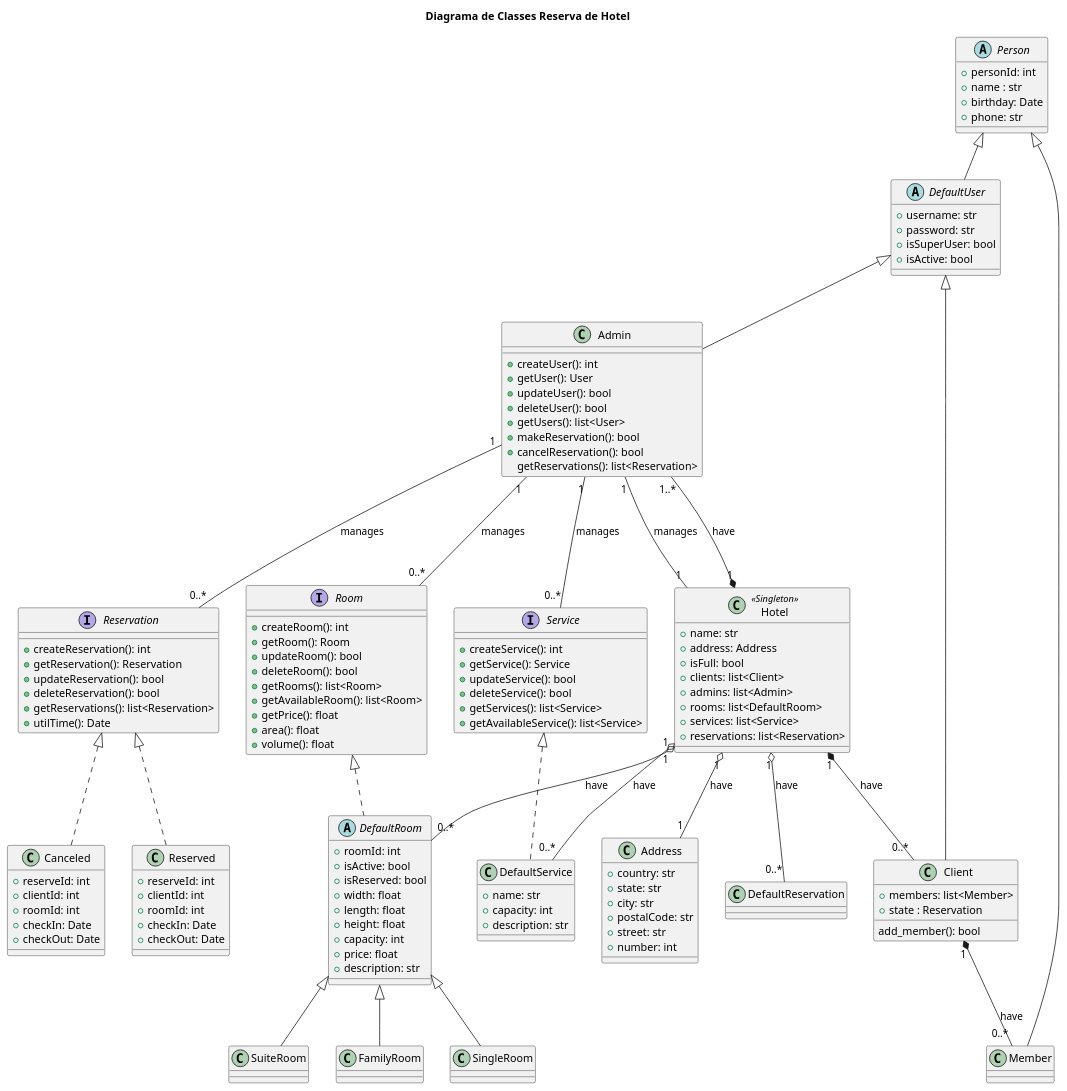
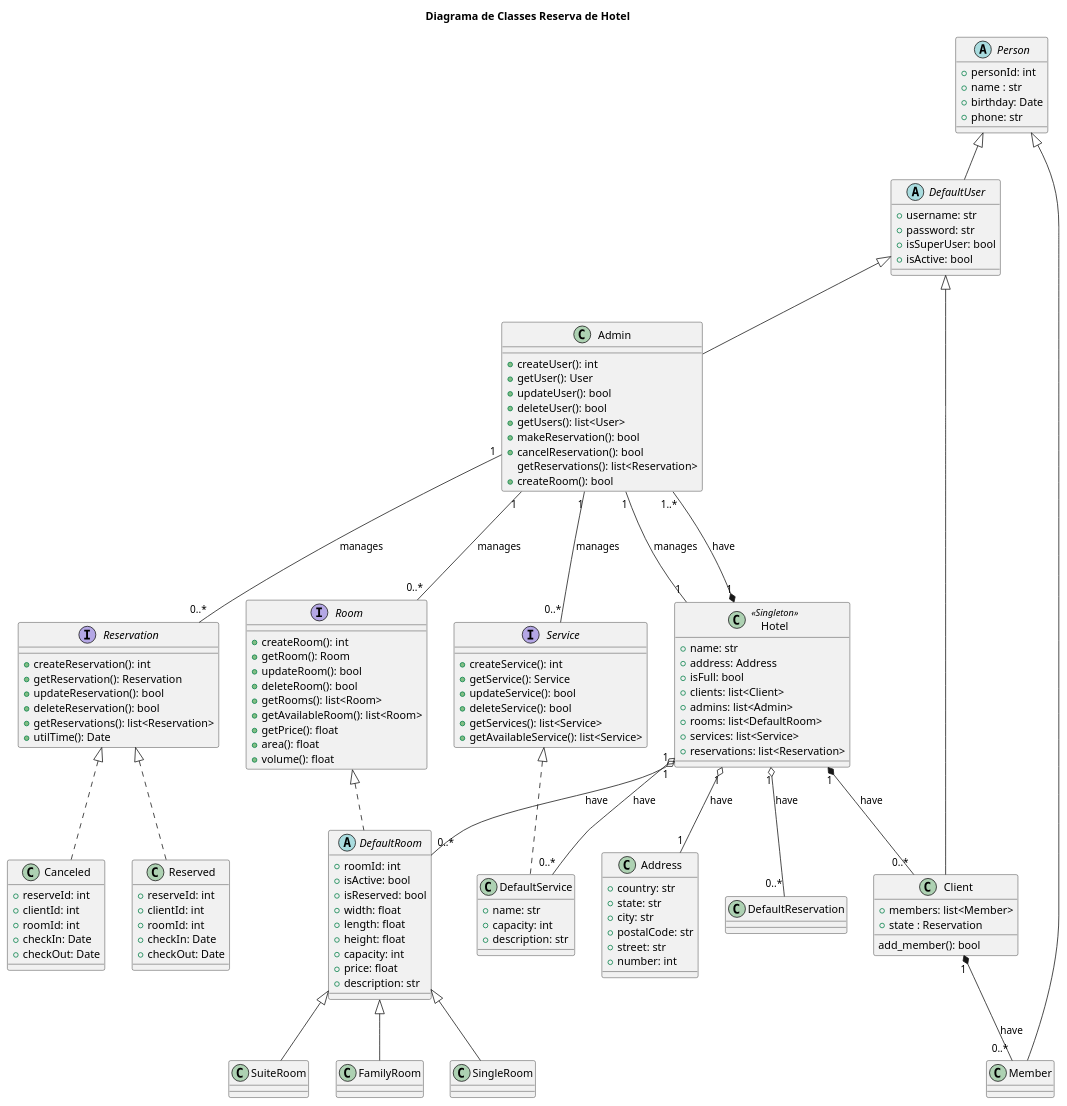
One commit to azmovi/reserva-de-hotel changed the diagram in diagrama_de_classes.iuml. Above: the diagram before and after it, drawn with PlantUML. The commit also changed 13 other files, not shown here.

```diff
--- a/diagrama_de_classes.iuml
+++ b/diagrama_de_classes.iuml
@@ -1,153 +1,154 @@
 @startuml
 title Diagrama de Classes Reserva de Hotel
 
 abstract class Person {
     +personId: int 
     +name : str
     +birthday: Date
     +phone: str
 }
 
 
 class Client extends DefaultUser {
     +members: list<Member>
     +state : Reservation
     add_member(): bool
 }
 
 abstract class DefaultUser extends Person {
     +username: str
     +password: str
     +isSuperUser: bool 
     +isActive: bool 
 }
 
 class Admin extends DefaultUser {
 
     +createUser(): int
     +getUser(): User
     +updateUser(): bool
     +deleteUser(): bool
     +getUsers(): list<User>
     +makeReservation(): bool
     +cancelReservation(): bool
     getReservations(): list<Reservation>
+    +createRoom(): bool
 }
 
 
 class Member extends Person {
 }
 
 
 class Hotel <<Singleton>> {
     +name: str
     +address: Address
     +isFull: bool
     +clients: list<Client>
     +admins: list<Admin>
     +rooms: list<DefaultRoom>
     +services: list<Service>
     +reservations: list<Reservation>
 }
 
 class Address {
     +country: str
     +state: str
     +city: str
     +postalCode: str
     +street: str
     +number: int
 }
 
 interface Room {
     +createRoom(): int
     +getRoom(): Room
     +updateRoom(): bool
     +deleteRoom(): bool
     +getRooms(): list<Room>
     +getAvailableRoom(): list<Room>
     +getPrice(): float
     +area(): float
     +volume(): float
 }
 
 abstract class DefaultRoom implements Room {
     +roomId: int
     +isActive: bool
     +isReserved: bool
     +width: float
     +length: float
     +height: float
     +capacity: int
     +price: float
     +description: str
 }
 
 
 class SingleRoom extends DefaultRoom {
 }
 
 class SuiteRoom extends DefaultRoom {
 }
 
 class FamilyRoom extends DefaultRoom {
 }
 
 interface Service {
     +createService(): int
     +getService(): Service
     +updateService(): bool
     +deleteService(): bool
     +getServices(): list<Service>
     +getAvailableService(): list<Service>
 }
 
 class DefaultService implements Service {
     +name: str
     +capacity: int 
     +description: str
 
 }
 
 interface Reservation {
     +createReservation(): int
     +getReservation(): Reservation
     +updateReservation(): bool
     +deleteReservation(): bool
     +getReservations(): list<Reservation>
     +utilTime(): Date
 }
 
 class Reserved implements Reservation {
     +reserveId: int
     +clientId: int
     +roomId: int
     +checkIn: Date
     +checkOut: Date
 }
 
 class Canceled implements Reservation {
     +reserveId: int
     +clientId: int
     +roomId: int
     +checkIn: Date
     +checkOut: Date
 }
 
 
 
 Hotel "1" o-- "1"     Address: have
 Hotel "1" *-- "1..*"  Admin: have
 Hotel "1" *-- "0..*"  Client: have
 Hotel "1" o-- "0..*"  DefaultRoom: have
 Hotel "1" o-- "0..*"  DefaultService: have
 Hotel "1" o-- "0..*"  DefaultReservation: have
 
 Admin "1" --- "0..*"  Service: manages
 Admin "1" --- "0..*"  Room: manages
 Admin "1" --- "0..*"  Reservation: manages
 Admin "1" --- "1"     Hotel: manages
 
 
 Client "1" *-- "0..*" Member: have
 @enduml
```
